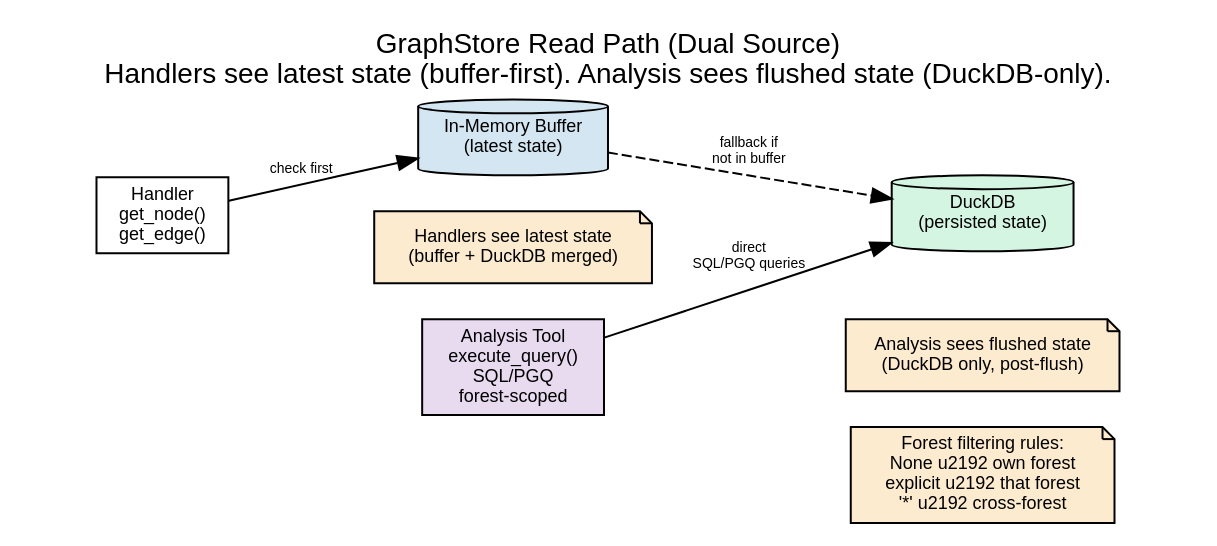
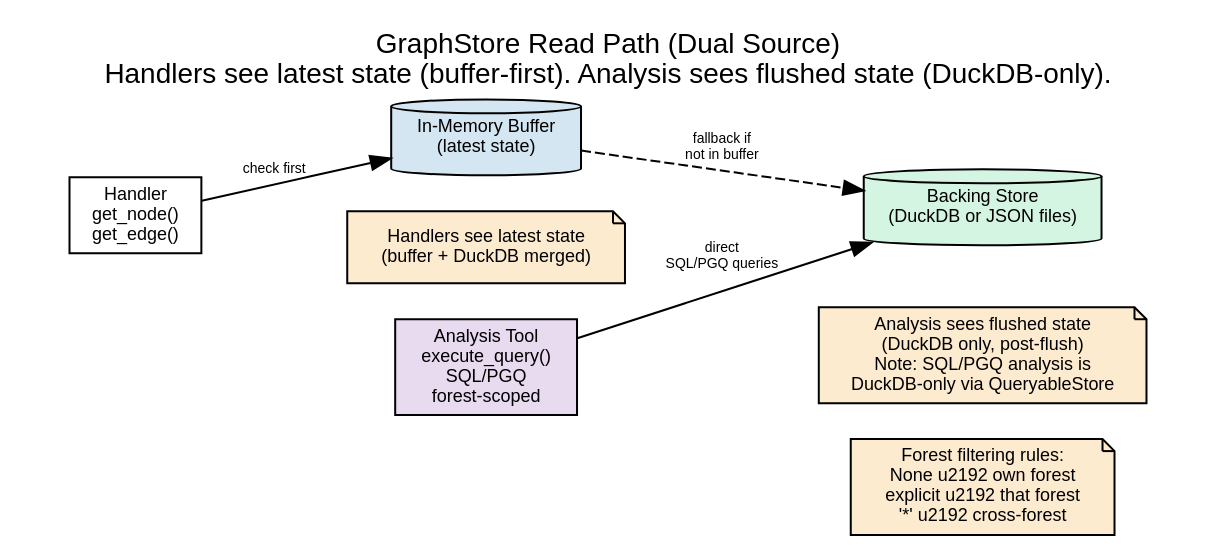
Before and after one commit to microsoft/amplifier-bundle-context-intelligence: the diagram in context/read-path.dot, drawn with Graphviz. The commit also changed 9 other files, not shown here.

Commit message:
fix: correct 18 DOT diagram inaccuracies + add real-session integration tests (22 tests from session 44be6956)

```diff
--- a/context/read-path.dot
+++ b/context/read-path.dot
@@ -1,41 +1,41 @@
 digraph read_path {
     rankdir=LR;
     label="GraphStore Read Path (Dual Source)\nHandlers see latest state (buffer-first). Analysis sees flushed state (DuckDB-only).";
     labelloc=t;
     fontsize=14;
     fontname="Helvetica";
     node [fontname="Helvetica", fontsize=9];
     edge [fontname="Helvetica", fontsize=7];
 
     // Callers
     handler_read [label="Handler\nget_node()\nget_edge()"
                   shape=box];
     analysis [label="Analysis Tool\nexecute_query()\nSQL/PGQ\nforest-scoped"
               shape=box style=filled fillcolor="#E8DAEF"];
 
     // Stores
     buffer [label="In-Memory Buffer\n(latest state)"
             shape=cylinder style=filled fillcolor="#D4E6F1"];
-    duckdb [label="DuckDB\n(persisted state)"
+    duckdb [label="Backing Store\n(DuckDB or JSON files)"
             shape=cylinder style=filled fillcolor="#D5F5E3"];
 
     // Read paths
     handler_read -> buffer [label="check first"];
     buffer -> duckdb [label="fallback if\nnot in buffer"
                       style=dashed];
 
     analysis -> duckdb [label="direct\nSQL/PGQ queries"];
 
     // Notes
     note_handler [label="Handlers see latest state\n(buffer + DuckDB merged)"
                   shape=note style=filled fillcolor="#FDEBD0"];
-    note_analysis [label="Analysis sees flushed state\n(DuckDB only, post-flush)"
+    note_analysis [label="Analysis sees flushed state\n(DuckDB only, post-flush)\nNote: SQL/PGQ analysis is\nDuckDB-only via QueryableStore"
                    shape=note style=filled fillcolor="#FDEBD0"];
 
     note_forest [label="Forest filtering rules:\nNone \u2192 own forest\nexplicit \u2192 that forest\n'*' \u2192 cross-forest"
                  shape=note style=filled fillcolor="#FDEBD0"];
 
     handler_read -> note_handler [style=invis];
     analysis -> note_analysis [style=invis];
     analysis -> note_forest [style=invis];
 }
```
